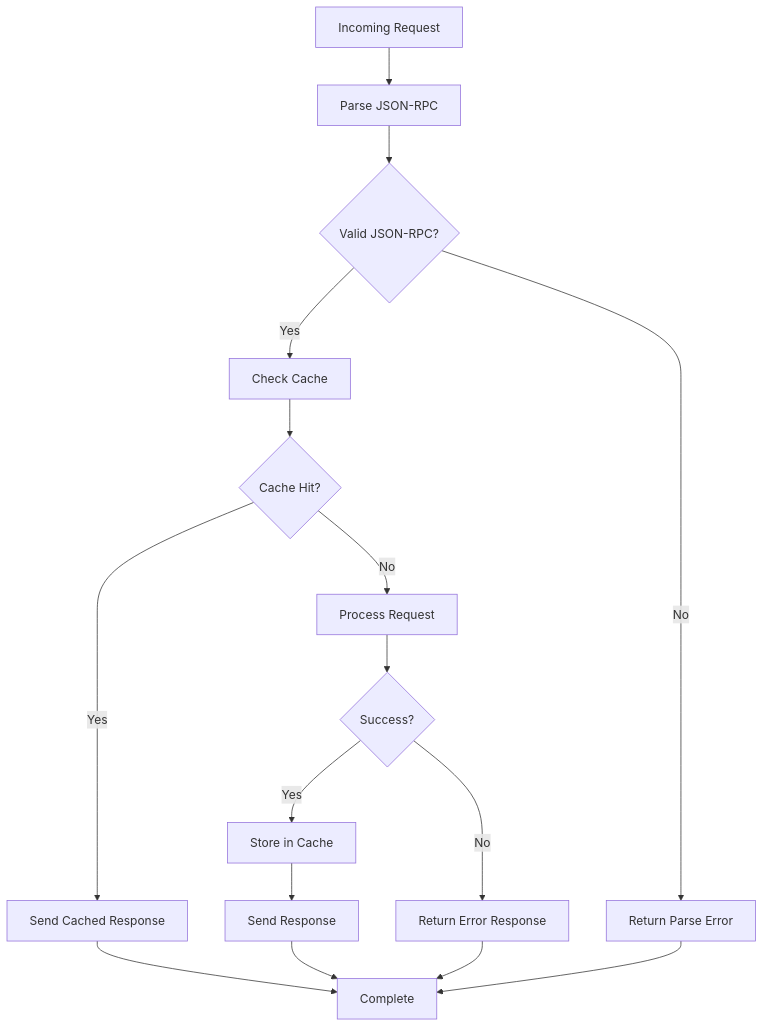
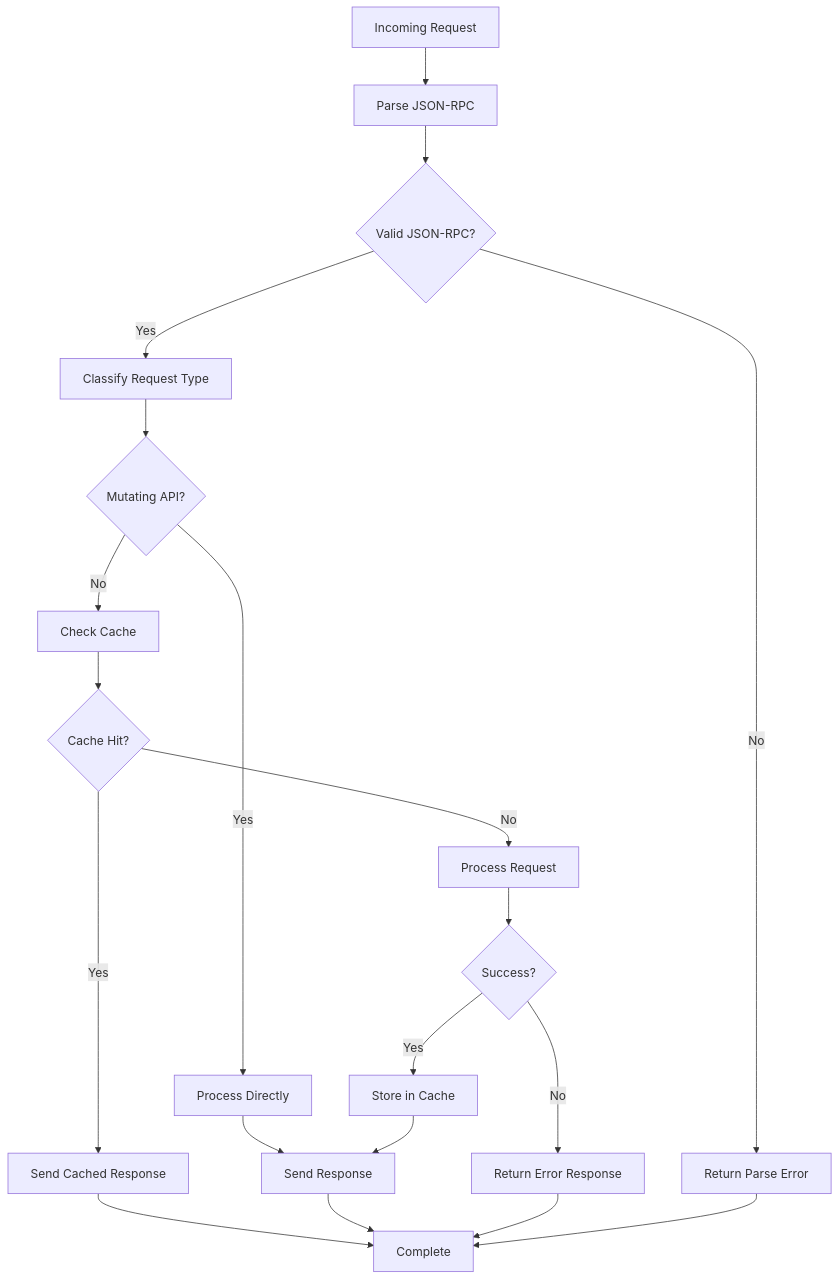
Before and after one commit to VIZ-Blockchain/viz-cpp-node: the eighth of 8 diagrams in .qoder/repowiki/en/content/Webserver Plugin.md, drawn with Mermaid. The commit also changed other lines of this file and 5 other files, not shown here.

````diff
--- a/.qoder/repowiki/en/content/Webserver Plugin.md
+++ b/.qoder/repowiki/en/content/Webserver Plugin.md
@@ -457,18 +492,22 @@
 ```mermaid
 flowchart TD
 Request[Incoming Request] --> Parse[Parse JSON-RPC]
 Parse --> Valid{Valid JSON-RPC?}
 Valid --> |No| ParseError[Return Parse Error]
-Valid --> |Yes| CacheCheck[Check Cache]
+Valid --> |Yes| Classify[Classify Request Type]
+Classify --> Mutating{Mutating API?}
+Mutating --> |Yes| ProcessDirect[Process Directly]
+Mutating --> |No| CacheCheck[Check Cache]
 CacheCheck --> CacheHit{Cache Hit?}
 CacheHit --> |Yes| SendCached[Send Cached Response]
 CacheHit --> |No| Process[Process Request]
+ProcessDirect --> SendResponse[Send Response]
 Process --> Success{Success?}
 Success --> |Yes| CacheStore[Store in Cache]
 Success --> |No| SendError[Return Error Response]
-CacheStore --> SendResponse[Send Response]
+CacheStore --> SendResponse
 SendCached --> Complete[Complete]
 SendResponse --> Complete
 SendError --> Complete
 ParseError --> Complete
 ```
````
